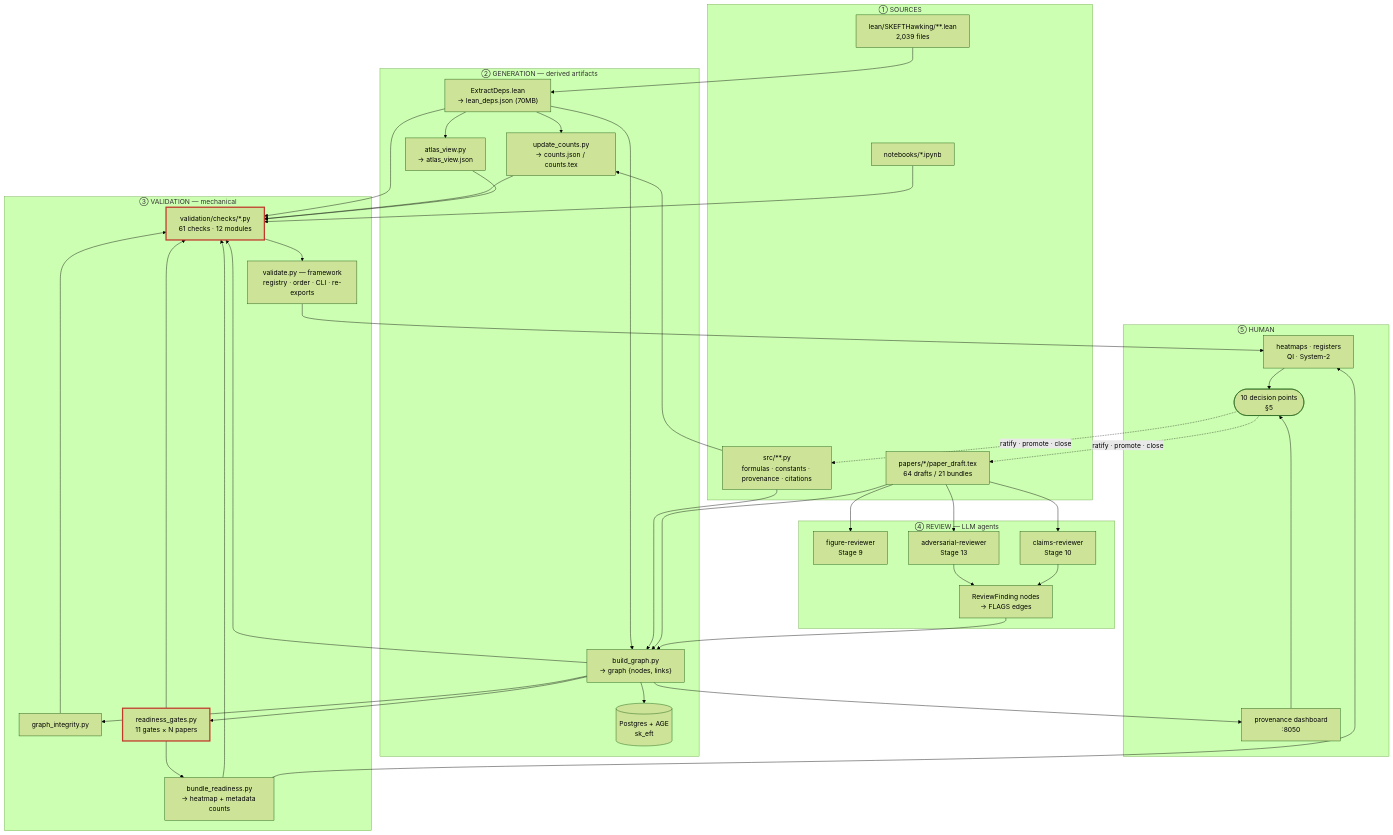
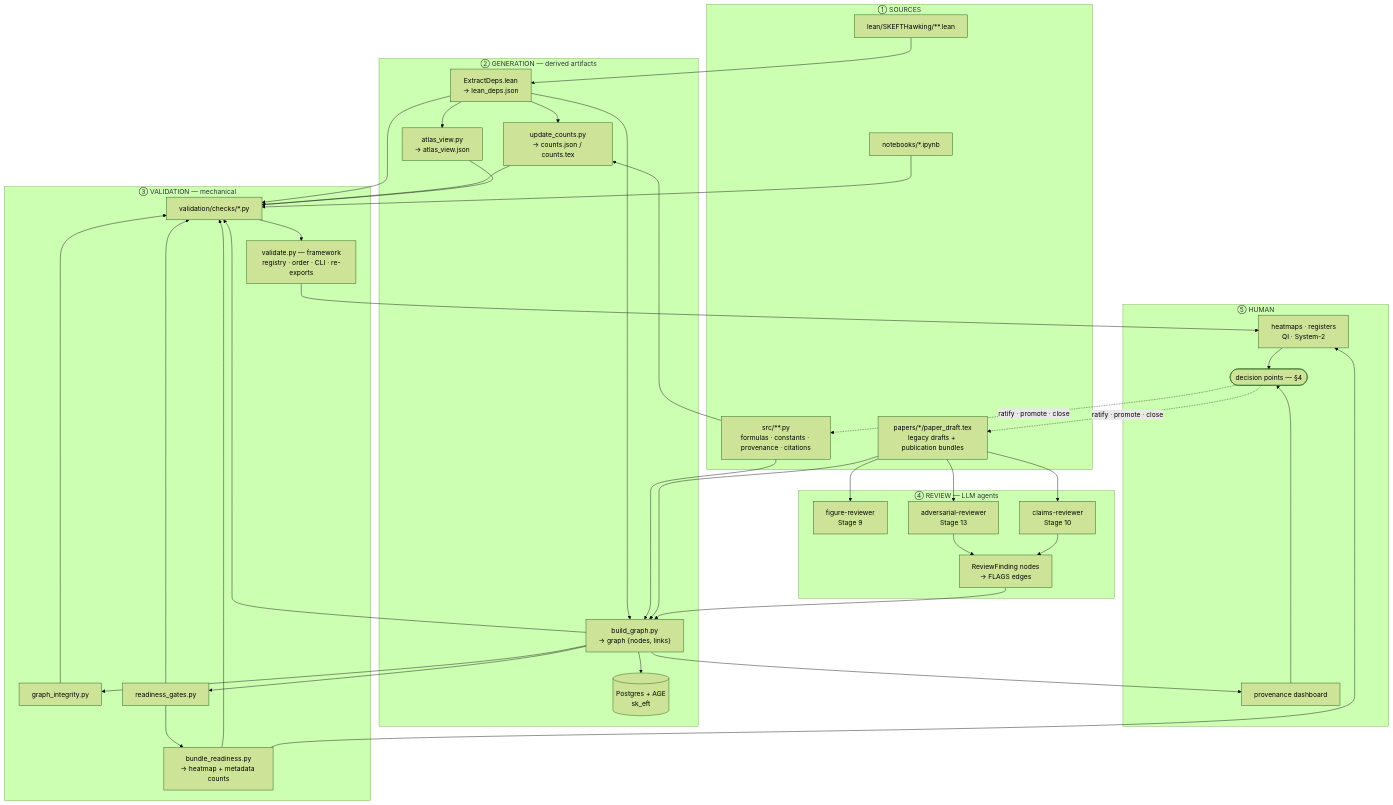
The first of 2 diagrams in docs/architecture/QA_QI_INFRASTRUCTURE_MAP.md (NetRxn/SK_EFT_Hawking), drawn with Mermaid (forest theme) before and after one commit. The commit also changed other lines of this file and 9 other files, not shown here.

First line of the commit message:
docs(architecture): restructure to living documents, then verify every claim

````diff
--- a/docs/architecture/QA_QI_INFRASTRUCTURE_MAP.md
+++ b/docs/architecture/QA_QI_INFRASTRUCTURE_MAP.md
@@ -74,58 +26,55 @@
 ```mermaid
 flowchart TB
     subgraph S["① SOURCES"]
-        LEAN["lean/SKEFTHawking/**.lean<br/>2,039 files"]
+        LEAN["lean/SKEFTHawking/**.lean"]
         PY["src/**.py<br/>formulas · constants · provenance · citations"]
-        TEX["papers/*/paper_draft.tex<br/>64 drafts / 21 bundles"]
+        TEX["papers/*/paper_draft.tex<br/>legacy drafts + publication bundles"]
         NB["notebooks/*.ipynb"]
     end
 
     subgraph G["② GENERATION — derived artifacts"]
-        ED["ExtractDeps.lean<br/>→ lean_deps.json (70MB)"]
+        ED["ExtractDeps.lean<br/>→ lean_deps.json"]
         CNT["update_counts.py<br/>→ counts.json / counts.tex"]
         ATL["atlas_view.py<br/>→ atlas_view.json"]
         BG["build_graph.py<br/>→ graph {nodes, links}"]
         PG[("Postgres + AGE<br/>sk_eft")]
     end
 
     subgraph V["③ VALIDATION — mechanical"]
         VAL["validate.py — framework<br/>registry · order · CLI · re-exports"]
-        VCK["validation/checks/*.py<br/>61 checks · 12 modules"]
+        VCK["validation/checks/*.py"]
         GI["graph_integrity.py"]
-        RG["readiness_gates.py<br/>11 gates × N papers"]
+        RG["readiness_gates.py"]
         BR["bundle_readiness.py<br/>→ heatmap + metadata counts"]
     end
 
     subgraph R["④ REVIEW — LLM agents"]
         FR["figure-reviewer<br/>Stage 9"]
         CR["claims-reviewer<br/>Stage 10"]
         AR["adversarial-reviewer<br/>Stage 13"]
         RF["ReviewFinding nodes<br/>→ FLAGS edges"]
     end
 
     subgraph H["⑤ HUMAN"]
-        DASH["provenance dashboard<br/>:8050"]
+        DASH["provenance dashboard"]
         HEAT["heatmaps · registers<br/>QI · System-2"]
-        DEC(["10 decision points<br/>§5"])
+        DEC(["decision points — §4"])
     end
 
     LEAN --> ED --> CNT & ATL & BG
     PY --> BG & CNT
     TEX --> BG
     BG --> PG & GI & RG
     RG --> BR
     ED & CNT & ATL & BG --> VCK
     GI & RG & BR --> VCK
     VCK --> VAL
     TEX --> FR & CR & AR
     NB --> VCK
     AR & CR --> RF --> BG
     VAL --> HEAT
     BR --> HEAT
     BG --> DASH
     HEAT & DASH --> DEC
     DEC -.->|"ratify · promote · close"| PY & TEX
-
-    classDef broken stroke:#c0392b,stroke-width:3px
-    class VCK,RG broken
 ```
````
